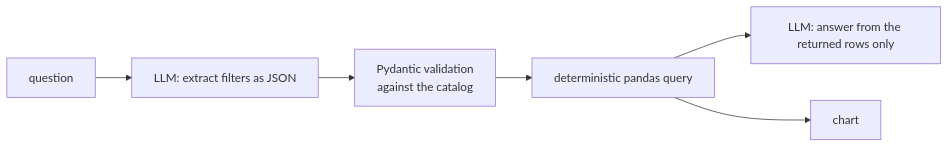
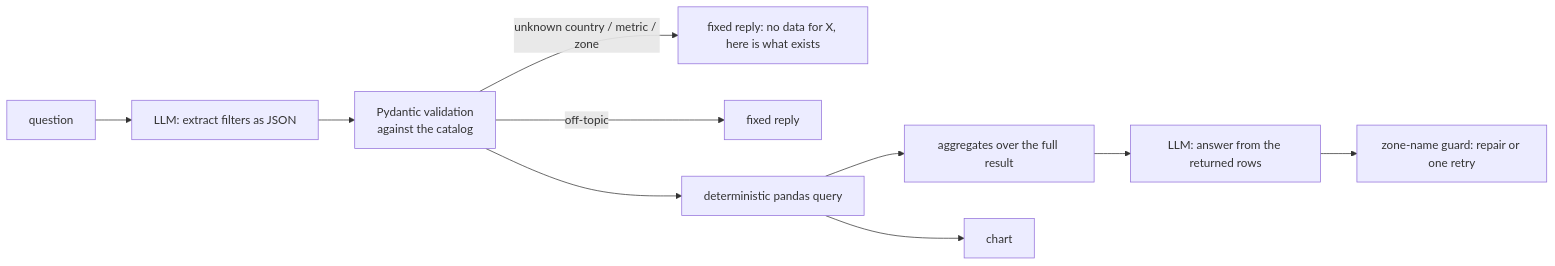
The diagram in README.md (CamiloC0rtes/delivery-ops-intelligence), drawn with Mermaid before and after one commit. The commit also changed other lines of this file, not shown here.

````diff
--- a/README.md
+++ b/README.md
@@ -15,8 +15,12 @@
 ```mermaid
 graph LR
     Q[question] --> X[LLM: extract filters as JSON]
     X --> V[Pydantic validation<br/>against the catalog]
+    V -- unknown country / metric / zone --> N[fixed reply: no data for X, here is what exists]
+    V -- off-topic --> O[fixed reply]
     V --> P[deterministic pandas query]
-    P --> A[LLM: answer from the returned rows only]
+    P --> S[aggregates over the full result]
+    S --> A[LLM: answer from the returned rows]
+    A --> G[zone-name guard: repair or one retry]
     P --> C[chart]
 ```
````
